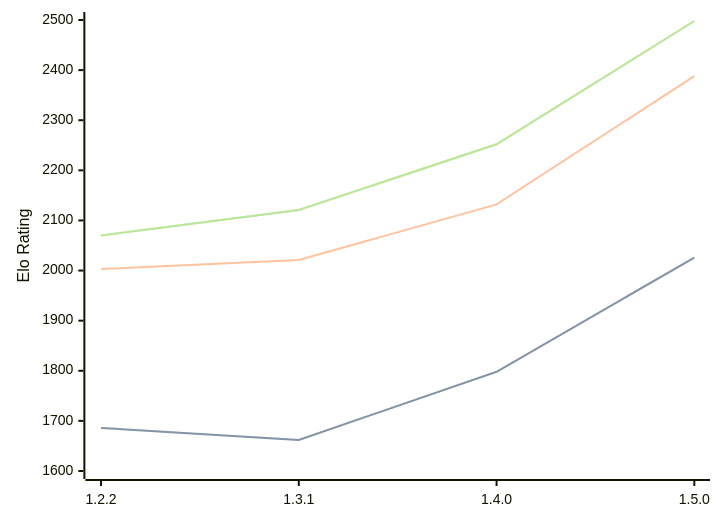
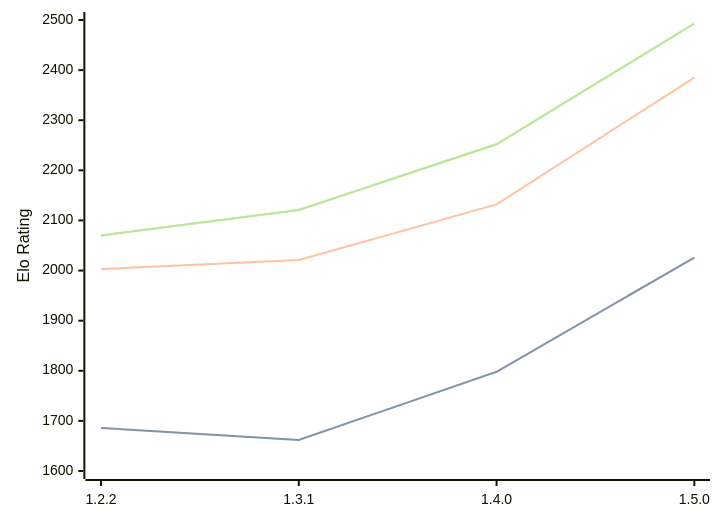
Before and after one commit to computer-chess-index/cci: the diagram in engines/SoloEngine.md, drawn with Mermaid. The commit also changed other lines of this file, not shown here.

Commit message:
Update CCI Ratings (ELO VLTC) - 2026-03-10

````diff
--- a/engines/SoloEngine.md
+++ b/engines/SoloEngine.md
@@ -32,11 +32,11 @@
 ```mermaid
 %%{init: {"theme":"base","themeVariables":{"seriesColors:['#a3a3a3','#222221','#faa371']}}}%%
 xychart-beta
   x-axis ["1.2.2", "1.3.1", "1.4.0", "1.5.0"]
   y-axis "Elo Rating" 1600 --> 2500
   line "STC (8.0+0.08s)" [1686, 1662, 1798, 2026]
   line "STC (8.0+0.08s)" [1686, 1662, 1798, 2026]
-  line "LTC (60.0+0.60s)" [2003, 2021, 2132, 2388]
-  line "VLTC (2m24s+1.12s)" [2070, 2121, 2252, 2498]
-  line "VLTC (2m24s+1.12s)" [2070, 2121, 2252, 2498]
+  line "LTC (60.0+0.60s)" [2003, 2021, 2132, 2385]
+  line "VLTC (2m24s+1.12s)" [2070, 2121, 2252, 2493]
+  line "VLTC (2m24s+1.12s)" [2070, 2121, 2252, 2493]
 ```
````
